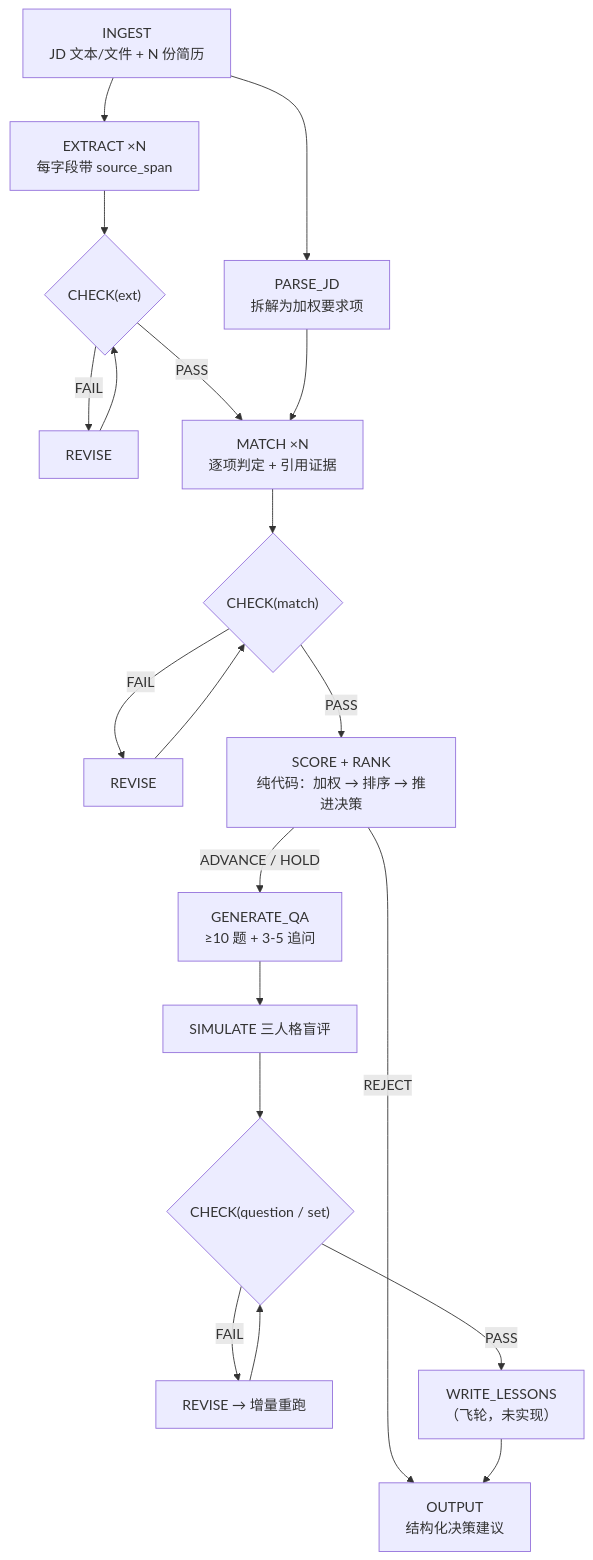
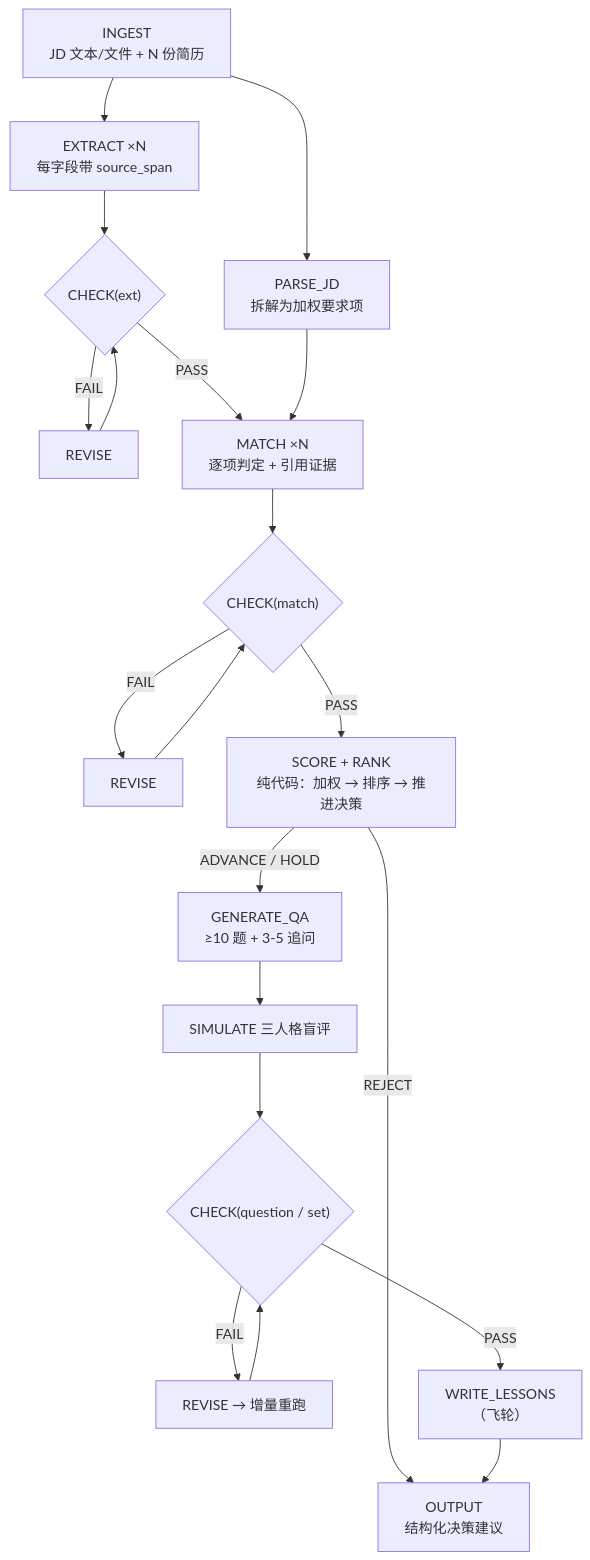
Before and after one commit to 1367877593-ops/resume-screening-agent: the second of 2 diagrams in ARCHITECTURE.md, drawn with Mermaid. The commit also changed other lines of this file and 3 other files, not shown here.

````diff
--- a/ARCHITECTURE.md
+++ b/ARCHITECTURE.md
@@ -279,22 +282,22 @@
 ```mermaid
 flowchart TD
     A["INGEST<br/>JD 文本/文件 + N 份简历"] --> B["PARSE_JD<br/>拆解为加权要求项"]
     A --> C["EXTRACT ×N<br/>每字段带 source_span"]
     C --> D{"CHECK(ext)"}
     D -->|FAIL| E["REVISE"]
     E --> D
     D -->|PASS| F["MATCH ×N<br/>逐项判定 + 引用证据"]
     B --> F
     F --> G{"CHECK(match)"}
     G -->|FAIL| H["REVISE"]
     H --> G
     G -->|PASS| I["SCORE + RANK<br/>纯代码：加权 → 排序 → 推进决策"]
     I -->|REJECT| N["OUTPUT<br/>结构化决策建议"]
     I -->|ADVANCE / HOLD| J["GENERATE_QA<br/>≥10 题 + 3-5 追问"]
     J --> K["SIMULATE 三人格盲评"]
     K --> L{"CHECK(question / set)"}
     L -->|FAIL| M["REVISE → 增量重跑"]
     M --> L
-    L -->|PASS| O["WRITE_LESSONS<br/>（飞轮，未实现）"]
+    L -->|PASS| O["WRITE_LESSONS<br/>（飞轮）"]
     O --> N
 ```
````
